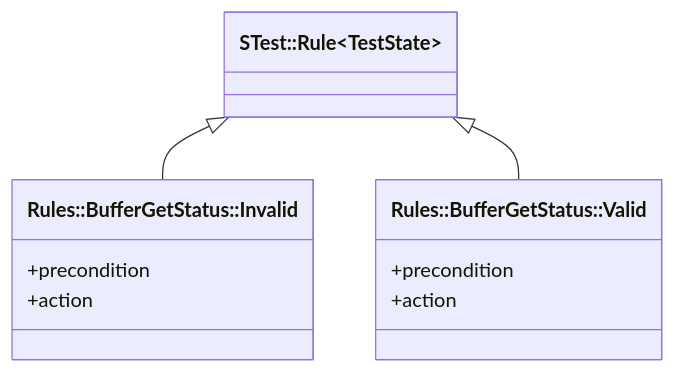
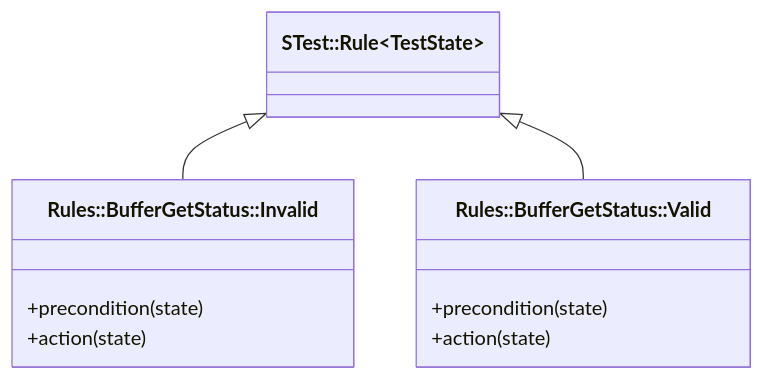
The second of 4 diagrams in Svc/DpManager/test/ut/README.md (bocchino/fprime), drawn with Mermaid before and after one commit. The commit also changed other lines of this file, not shown here.

````diff
--- a/Svc/DpManager/test/ut/README.md
+++ b/Svc/DpManager/test/ut/README.md
@@ -214,13 +215,13 @@
 ```mermaid
 classDiagram
     class `Rules::BufferGetStatus::Invalid` {
-        +precondition
-        +action
+        +precondition(state)
+        +action(state)
     }
     class `Rules::BufferGetStatus::Valid` {
-        +precondition
-        +action
+        +precondition(state)
+        +action(state)
     }
     `STest::Rule`~TestState~ <|-- `Rules::BufferGetStatus::Invalid`
     `STest::Rule`~TestState~ <|-- `Rules::BufferGetStatus::Valid`
 ```
````
